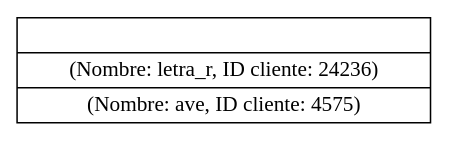
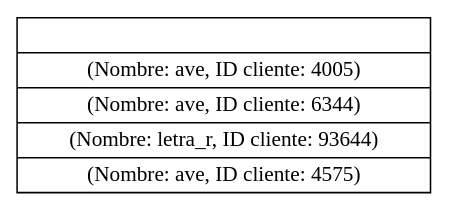
The diagram in reportes/pila.dot (K-Giron/EDD_VJ1S2023_PY_202010844), drawn with Graphviz before and after one commit. The commit also changed 6 other files, not shown here.

```diff
--- a/reportes/pila.dot
+++ b/reportes/pila.dot
@@ -1,4 +1,4 @@
 digraph pila{
 rankdir=LR;
-node[shape = record]nodo0 [label="|(Nombre: letra_r, ID cliente: 24236)|(Nombre: ave, ID cliente: 4575)"]; 
+node[shape = record]nodo0 [label="|(Nombre: ave, ID cliente: 4005)|(Nombre: ave, ID cliente: 6344)|(Nombre: letra_r, ID cliente: 93644)|(Nombre: ave, ID cliente: 4575)"]; 
 }
```
